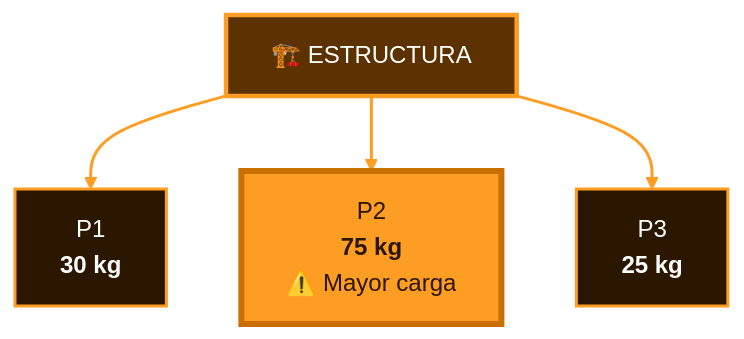
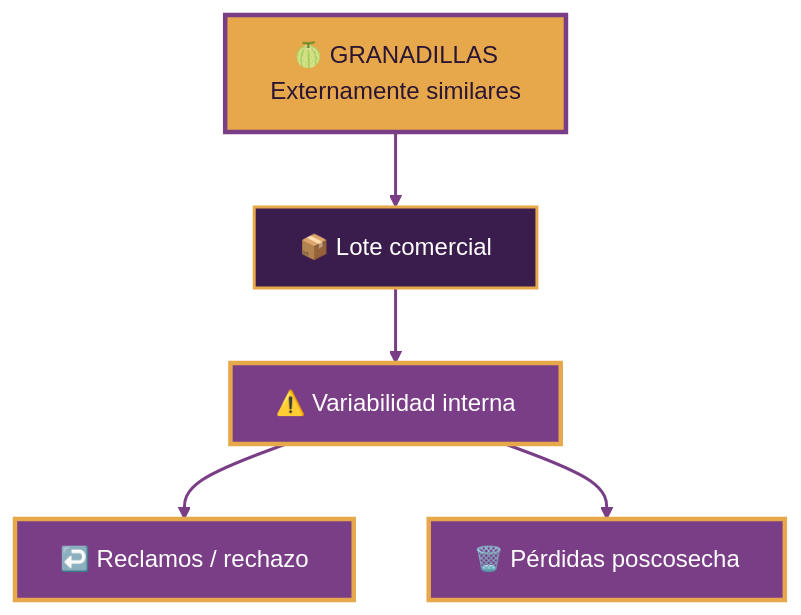
One commit to Cesarapcho/PI_Equipo_03 changed the first of 8 diagrams in README.md. Above: the diagram before and after it, drawn with Mermaid. The commit also changed other lines of this file, not shown here.

````diff
--- a/README.md
+++ b/README.md
@@ -179,18 +188,20 @@
 ```mermaid
 flowchart TB
-    E["🏗️ ESTRUCTURA"]:::structure
+    G["🍈 GRANADILLAS<br/>Externamente similares"]:::fruit
 
-    P1["P1<br/><b>30 kg</b>"]:::support
-    P2["P2<br/><b>75 kg</b><br/>⚠️ Mayor carga"]:::alert
-    P3["P3<br/><b>25 kg</b>"]:::support
+    C1["📦 Lote comercial"]:::process
+    C2["⚠️ Variabilidad interna"]:::alert
+    C3["↩️ Reclamos / rechazo"]:::alert
+    C4["🗑️ Pérdidas poscosecha"]:::alert
 
-    E --> P1
-    E --> P2
-    E --> P3
+    G --> C1
+    C1 --> C2
+    C2 --> C3
+    C2 --> C4
 
-    classDef structure fill:#5B3200,color:#FFFFFF,stroke:#FD9D24,stroke-width:3px;
-    classDef support fill:#2B1700,color:#FFFFFF,stroke:#FD9D24,stroke-width:2px;
-    classDef alert fill:#FD9D24,color:#2B1700,stroke:#C96F00,stroke-width:4px;
+    classDef fruit fill:#E6A84A,color:#2A1535,stroke:#7A3E87,stroke-width:3px;
+    classDef process fill:#3A1C4D,color:#FFFFFF,stroke:#E6A84A,stroke-width:2px;
+    classDef alert fill:#7A3E87,color:#FFFFFF,stroke:#E6A84A,stroke-width:3px;
 
-    linkStyle default stroke:#FD9D24,stroke-width:2px;
+    linkStyle default stroke:#7A3E87,stroke-width:2px;
 ```
````
